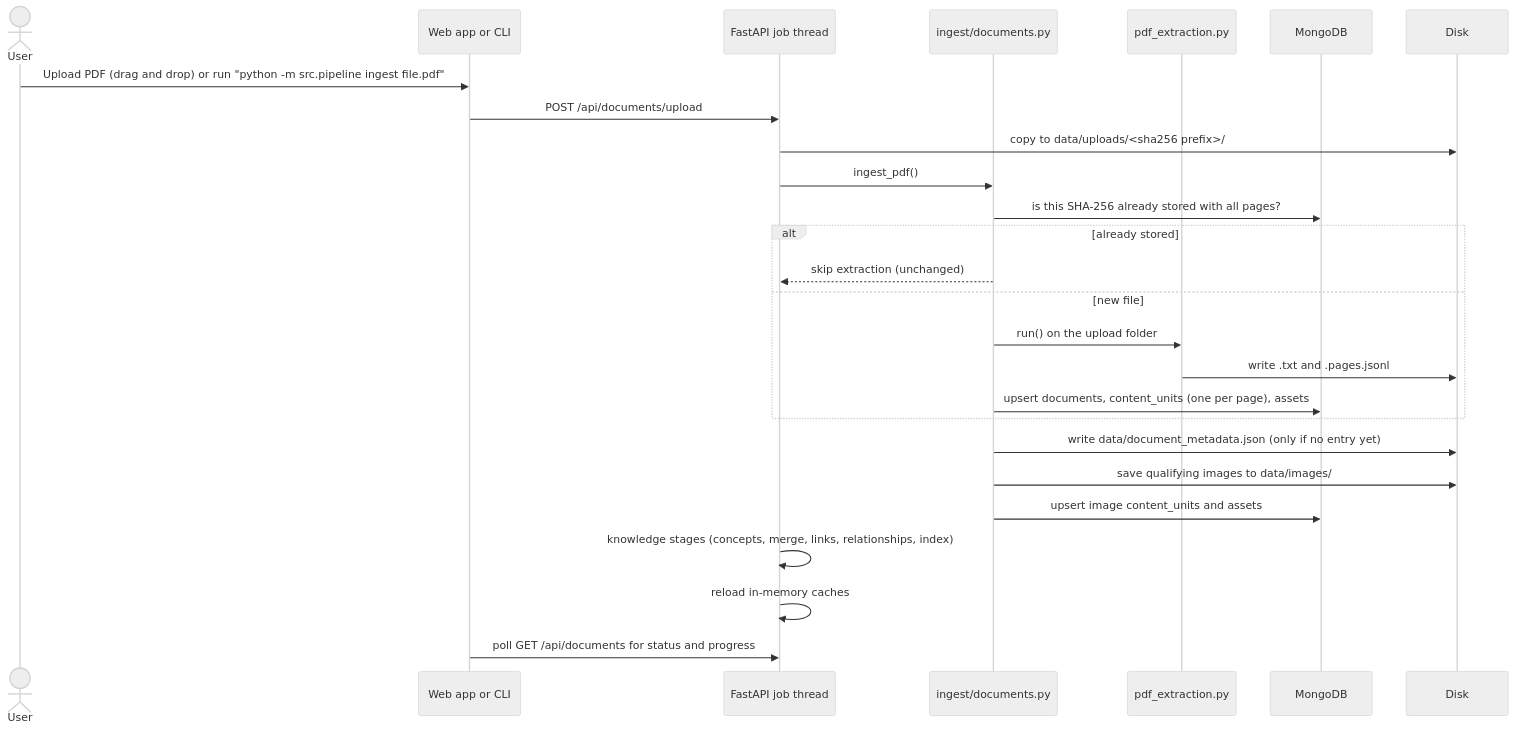
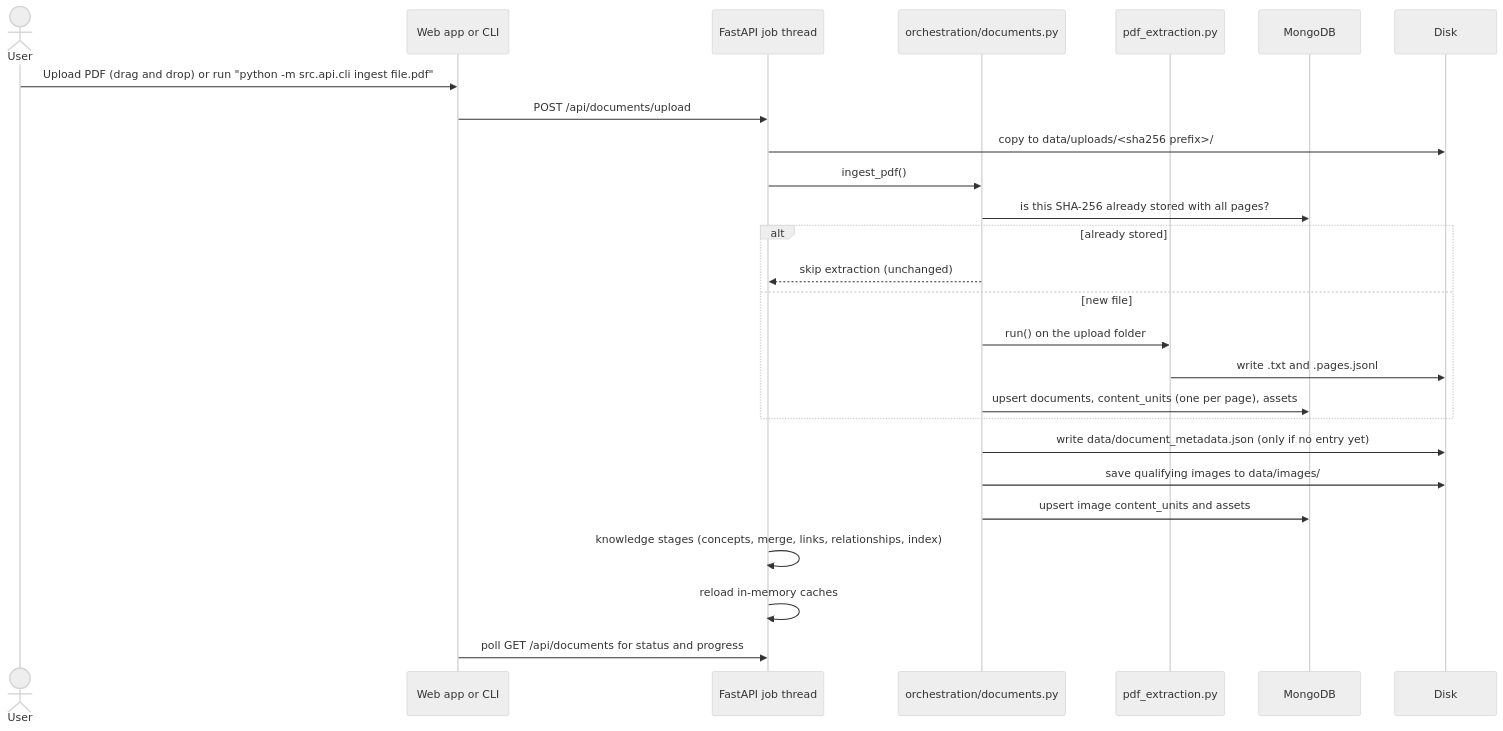
The second of 8 diagrams in docs/DATA_FLOW.md (pri-2711/KnowSphere), drawn with Mermaid (neutral theme) before and after one commit. The commit also changed other lines of this file and 151 other files, not shown here.

````diff
--- a/docs/DATA_FLOW.md
+++ b/docs/DATA_FLOW.md
@@ -52,29 +54,29 @@
 ```mermaid
 sequenceDiagram
     actor User
     participant UI as Web app or CLI
     participant API as FastAPI job thread
-    participant Ingest as ingest/documents.py
+    participant Ingest as orchestration/documents.py
     participant Ext as pdf_extraction.py
     participant DB as MongoDB
     participant Disk as Disk
 
-    User->>UI: Upload PDF (drag and drop) or run "python -m src.pipeline ingest file.pdf"
+    User->>UI: Upload PDF (drag and drop) or run "python -m src.api.cli ingest file.pdf"
     UI->>API: POST /api/documents/upload
     API->>Disk: copy to data/uploads/<sha256 prefix>/
     API->>Ingest: ingest_pdf()
     Ingest->>DB: is this SHA-256 already stored with all pages?
     alt already stored
         Ingest-->>API: skip extraction (unchanged)
     else new file
         Ingest->>Ext: run() on the upload folder
         Ext->>Disk: write .txt and .pages.jsonl
         Ingest->>DB: upsert documents, content_units (one per page), assets
     end
     Ingest->>Disk: write data/document_metadata.json (only if no entry yet)
     Ingest->>Disk: save qualifying images to data/images/
     Ingest->>DB: upsert image content_units and assets
     API->>API: knowledge stages (concepts, merge, links, relationships, index)
     API->>API: reload in-memory caches
     UI->>API: poll GET /api/documents for status and progress
 ```
````
